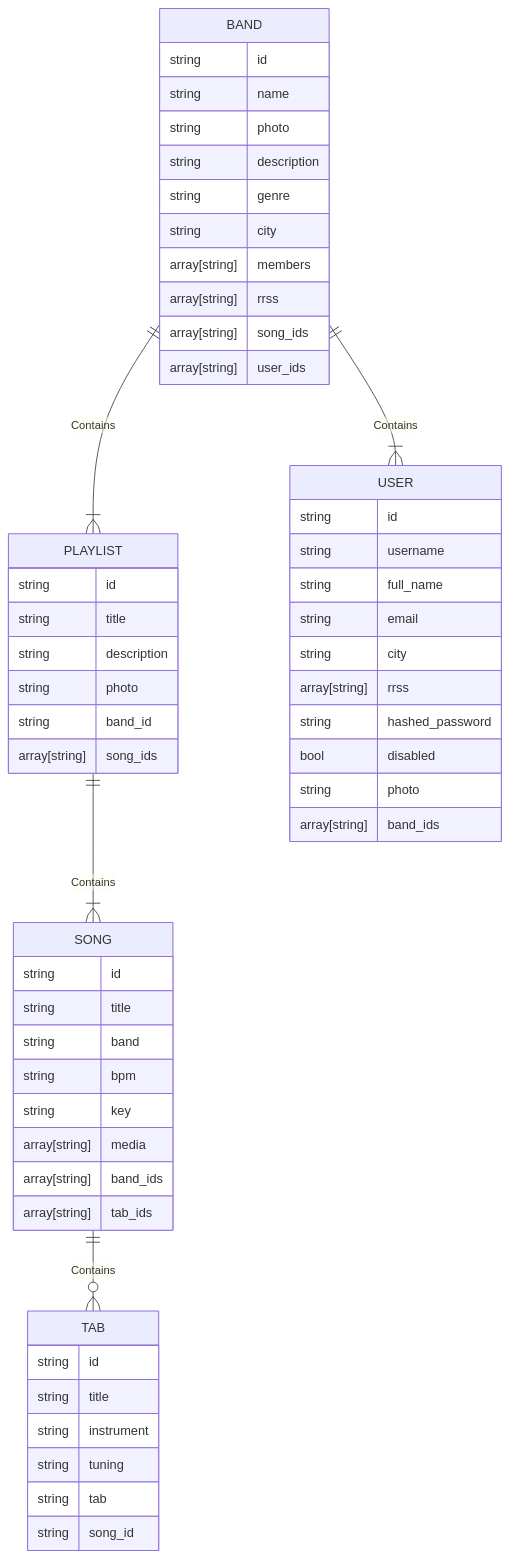
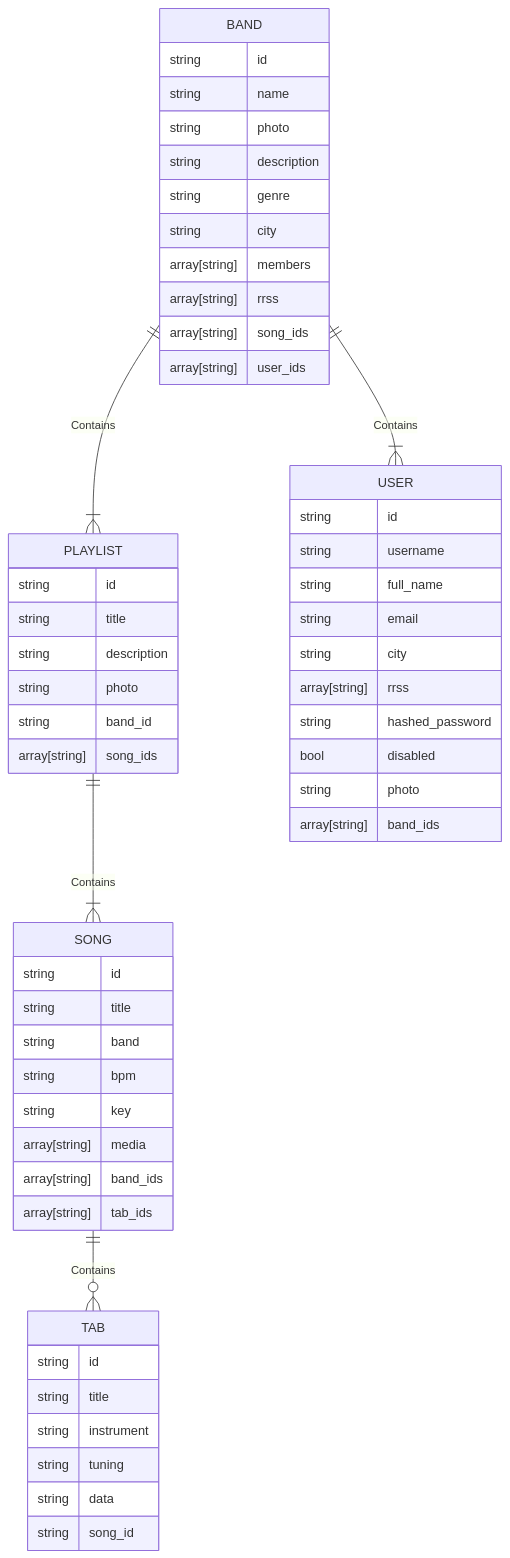
The diagram in README.md (r-dvl/band-mate), drawn with Mermaid before and after one commit. The commit also changed 1 other file, not shown here.

Commit message:
Update Tab Model

````diff
--- a/README.md
+++ b/README.md
@@ -45,57 +45,57 @@
 ```mermaid
 erDiagram
     BAND ||--|{ PLAYLIST : Contains
     BAND ||--|{ USER : Contains
     PLAYLIST ||--|{ SONG : Contains
     SONG ||--o{ TAB : Contains
     BAND {
 	    string id
 	    string name
 	    string photo
 	    string description
 	    string genre
 	    string city
 		array[string] members
 	    array[string] rrss
 	    array[string] song_ids
 	    array[string] user_ids
     }
     USER {
 	    string id
 	    string username
 	    string full_name
 	    string email
 		string city
 		array[string] rrss
 	    string hashed_password
 	    bool disabled
 	    string photo
 	    array[string] band_ids
     }
     PLAYLIST {
 	    string id
 	    string title
 	    string description
 	    string photo
 	    string band_id
 	    array[string] song_ids
     }
     SONG {
 	    string id
 	    string title
 	    string band
 	    string bpm
 	    string key
 	    array[string] media
  	    array[string] band_ids
 	    array[string] tab_ids
     }
     TAB {
 	    string id
 	    string title
 	    string instrument
 	    string tuning
-	    string tab
+	    string data
 	    string song_id
     }
 ```
````
